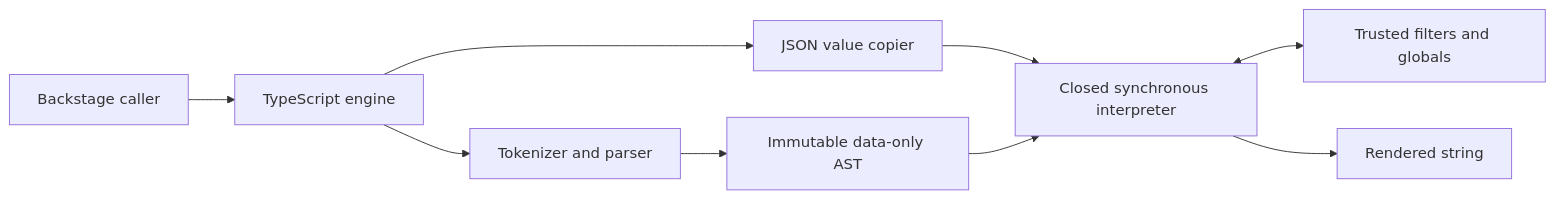
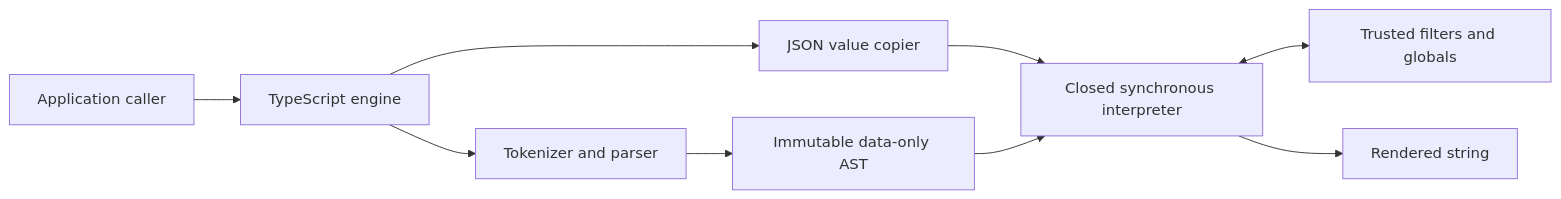
Before and after one commit to Rugvip/nunjitsu: the diagram in docs/architecture.md, drawn with Mermaid. The commit also changed other lines of this file and 11 other files, not shown here.

````diff
--- a/docs/architecture.md
+++ b/docs/architecture.md
@@ -22,11 +22,11 @@
 ```mermaid
 flowchart LR
-    A["Backstage caller"] --> B["TypeScript engine"]
+    A["Application caller"] --> B["TypeScript engine"]
     B --> C["JSON value copier"]
     B --> D["Tokenizer and parser"]
     D --> E["Immutable data-only AST"]
     C --> F["Closed synchronous interpreter"]
     E --> F
     F <--> G["Trusted filters and globals"]
     F --> H["Rendered string"]
 ```
````
